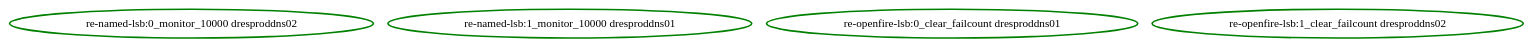
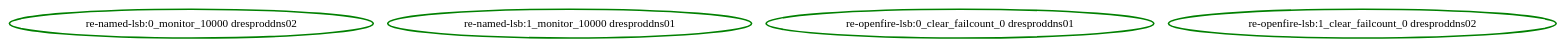
The diagram in pengine/test10/failcount.dot (ClusterLabs/pacemaker), drawn with Graphviz before and after one commit. The commit also changed 14 other files, not shown here.

```diff
--- a/pengine/test10/failcount.dot
+++ b/pengine/test10/failcount.dot
@@ -1,6 +1,6 @@
 digraph "g" {
 "re-named-lsb:0_monitor_10000 dresproddns02" [ style=bold color="green" fontcolor="black"]
 "re-named-lsb:1_monitor_10000 dresproddns01" [ style=bold color="green" fontcolor="black"]
-"re-openfire-lsb:0_clear_failcount dresproddns01" [ style=bold color="green" fontcolor="black"]
-"re-openfire-lsb:1_clear_failcount dresproddns02" [ style=bold color="green" fontcolor="black"]
+"re-openfire-lsb:0_clear_failcount_0 dresproddns01" [ style=bold color="green" fontcolor="black"]
+"re-openfire-lsb:1_clear_failcount_0 dresproddns02" [ style=bold color="green" fontcolor="black"]
 }
```
